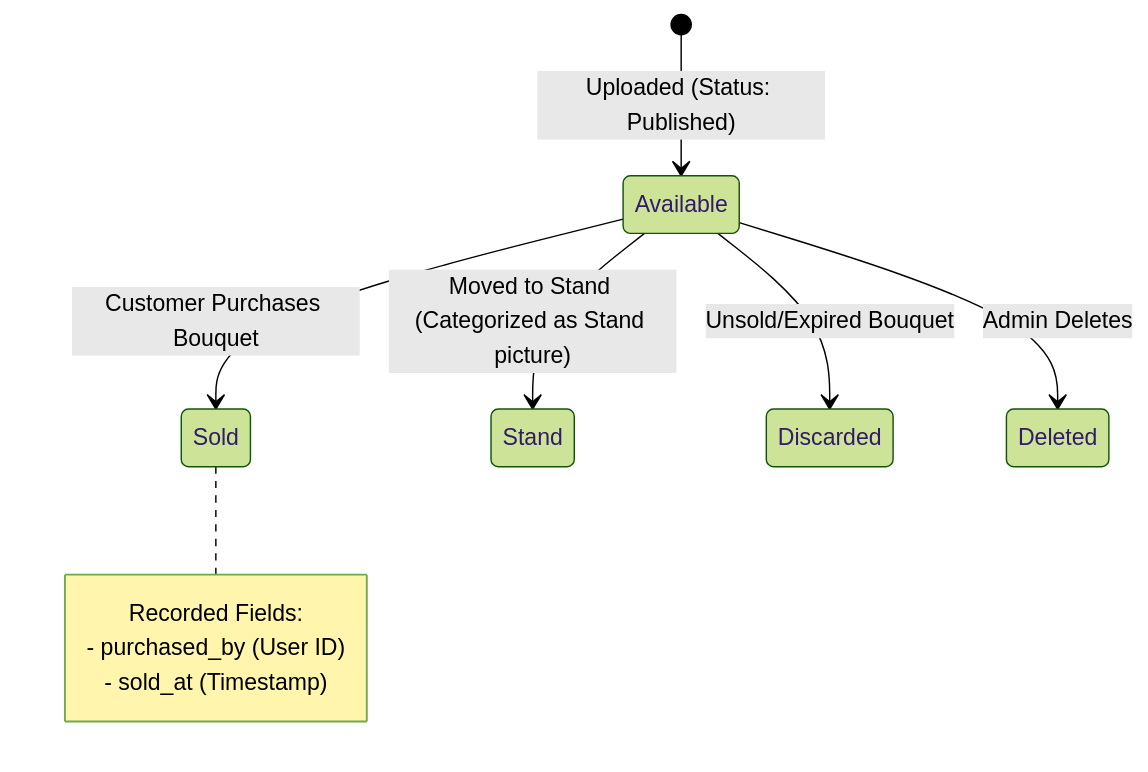
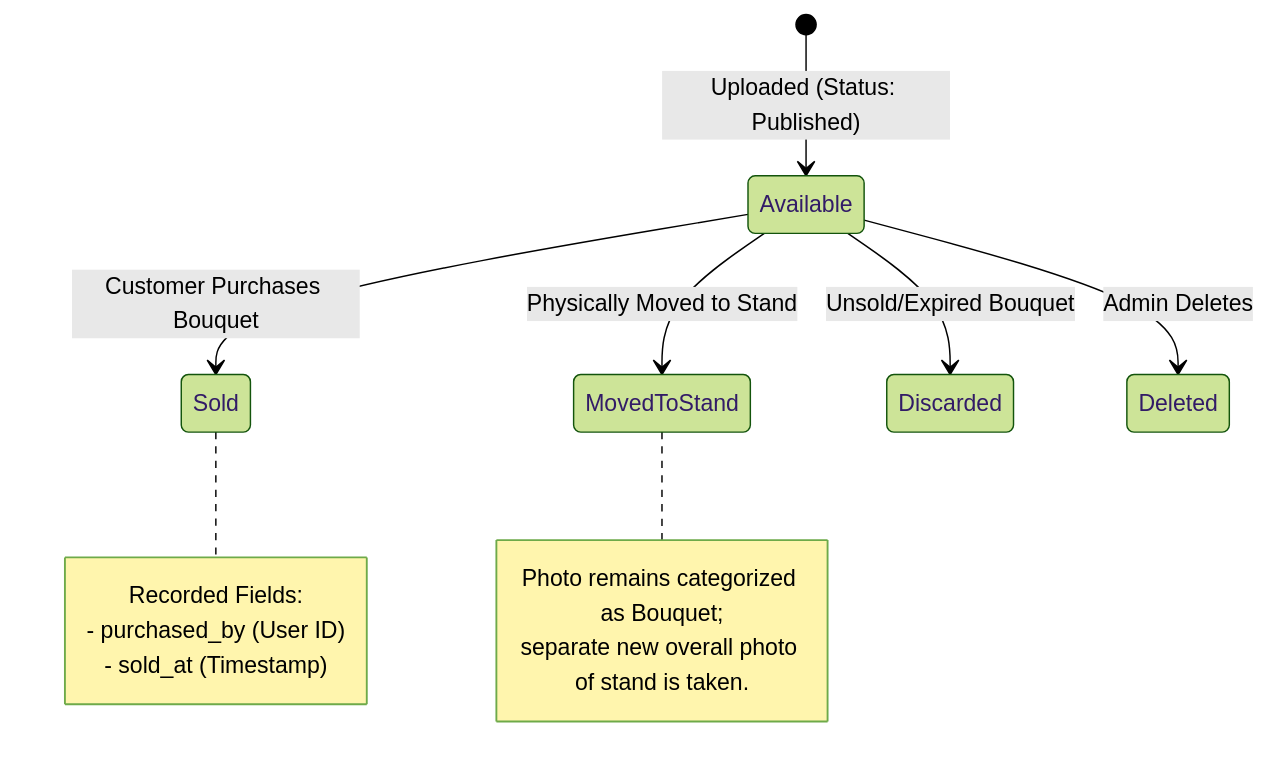
One commit to uffehellum/fleurraine changed the second of 5 diagrams in state.md. Above: the diagram before and after it, drawn with Mermaid (forest theme).

Commit message:
consumer guide

````diff
--- a/state.md
+++ b/state.md
@@ -31,13 +31,17 @@
 ```mermaid
 stateDiagram-v2
     [*] --> Available : Uploaded (Status: Published)
     Available --> Sold : Customer Purchases Bouquet
     note right of Sold
         Recorded Fields:
         - purchased_by (User ID)
         - sold_at (Timestamp)
     end note
-    Available --> Stand : Moved to Stand (Categorized as Stand picture)
+    Available --> MovedToStand : Physically Moved to Stand
+    note right of MovedToStand
+        Photo remains categorized as Bouquet;
+        separate new overall photo of stand is taken.
+    end note
     Available --> Discarded : Unsold/Expired Bouquet
     Available --> Deleted : Admin Deletes
 ```
````
